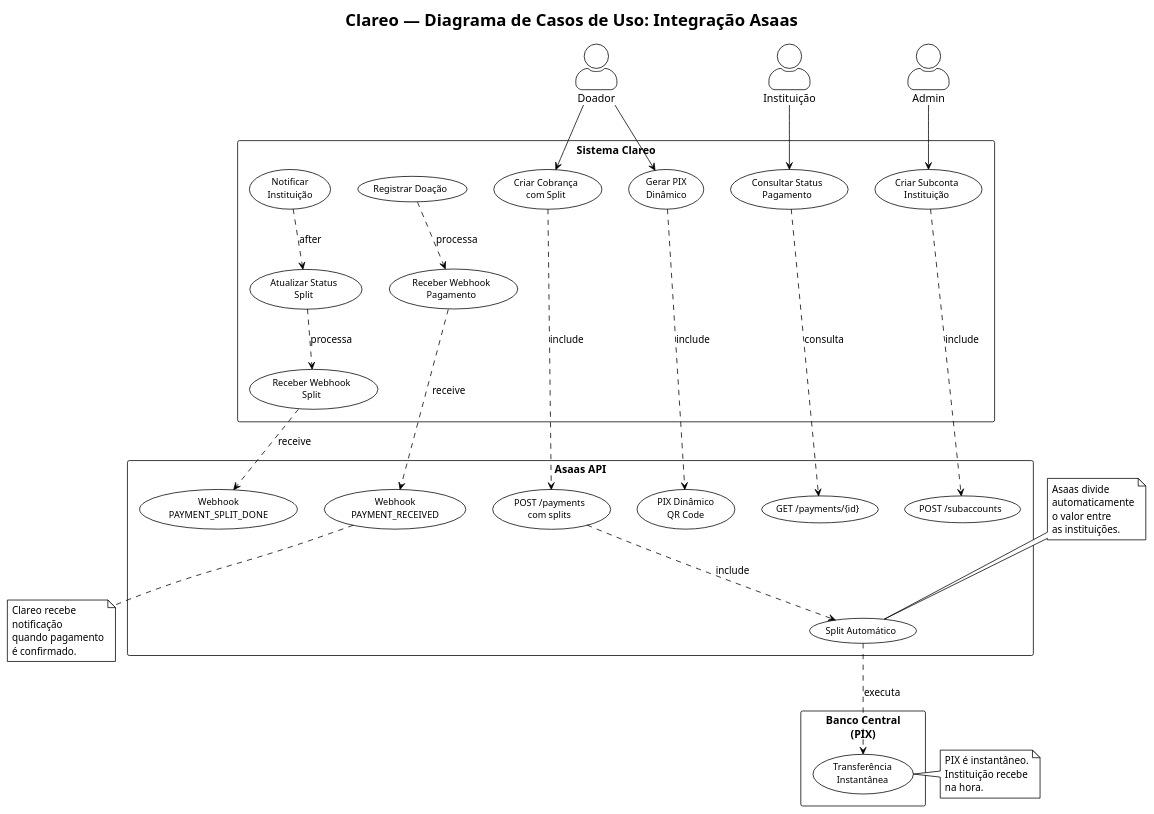
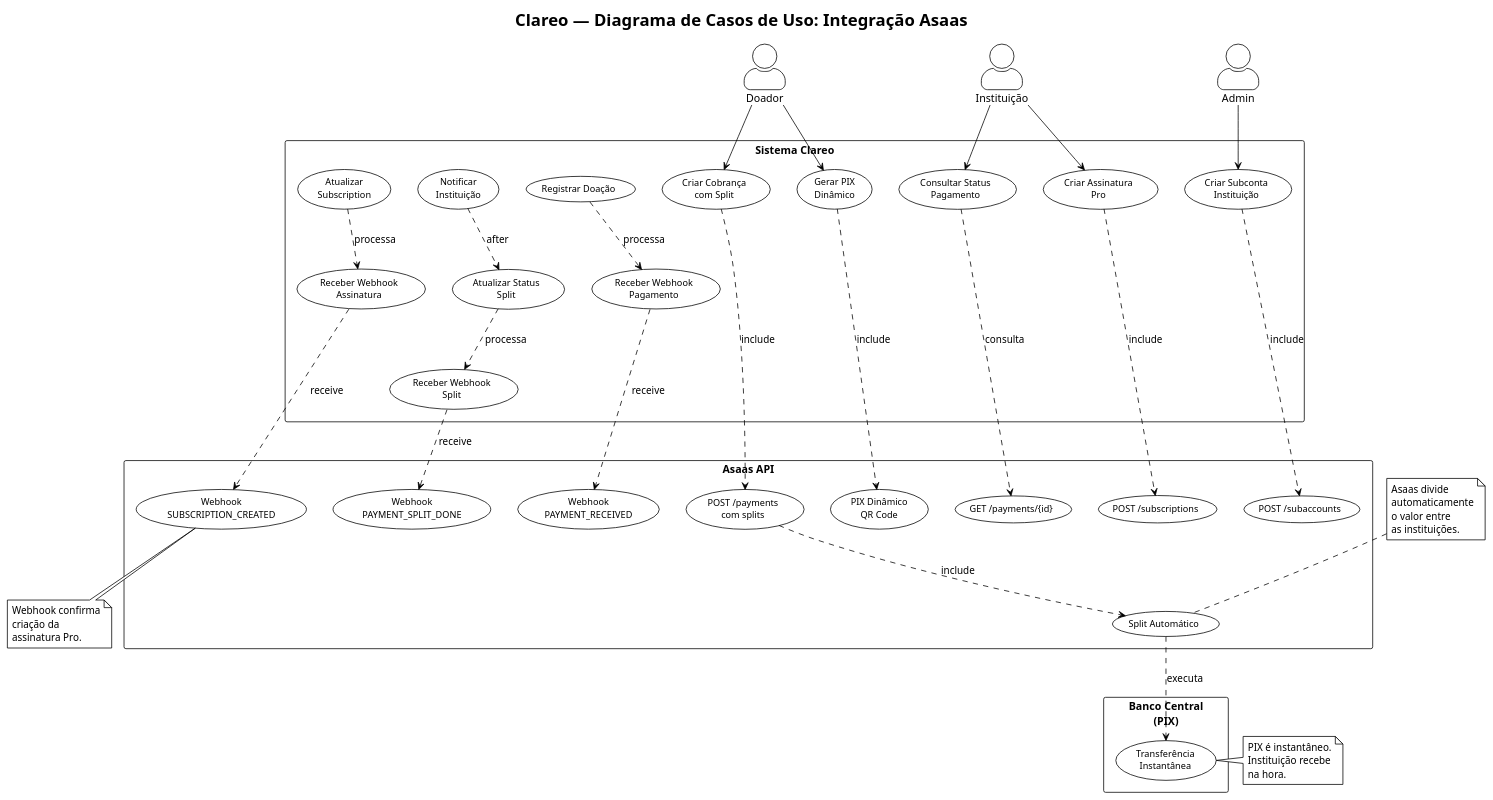
The diagram in doc/asaas/diagramas/05-INTEGRACAO-ASAAS.puml (GabrielHR0/clareo-api), drawn with PlantUML before and after one commit. The commit also changed 9 other files, not shown here.

Commit message:
docs: adicionar transparência, campanhas, relatórios, assinatura - models, endpoints, fluxos, diagramas

```diff
--- a/doc/asaas/diagramas/05-INTEGRACAO-ASAAS.puml
+++ b/doc/asaas/diagramas/05-INTEGRACAO-ASAAS.puml
@@ -1,78 +1,86 @@
 @startuml Clareo - Integracao Asaas
 !theme plain
 skinparam actorStyle awesome
 skinparam packageStyle rectangle
 skinparam packageFontSize 14
 skinparam usecaseFontSize 12
 skinparam defaultFontName Arial
 
 title Clareo — Diagrama de Casos de Uso: Integração Asaas
 
 actor "Doador" as Donor
 actor "Instituição" as Institution
 actor "Admin" as Admin
 
 rectangle "Sistema Clareo" {
   usecase "Criar Subconta\nInstituição" as UC1
   usecase "Criar Cobrança\ncom Split" as UC2
   usecase "Gerar PIX\nDinâmico" as UC3
   usecase "Receber Webhook\nPagamento" as UC4
   usecase "Receber Webhook\nSplit" as UC5
   usecase "Registrar Doação" as UC6
   usecase "Atualizar Status\nSplit" as UC7
   usecase "Notificar\nInstituição" as UC8
   usecase "Consultar Status\nPagamento" as UC9
+  usecase "Criar Assinatura\nPro" as UC10
+  usecase "Receber Webhook\nAssinatura" as UC11
+  usecase "Atualizar\nSubscription" as UC12
 }
 
 rectangle "Asaas API" {
   usecase "POST /subaccounts" as UC_A1
   usecase "POST /payments\ncom splits" as UC_A2
   usecase "PIX Dinâmico\nQR Code" as UC_A3
   usecase "Split Automático" as UC_A4
   usecase "Webhook\nPAYMENT_RECEIVED" as UC_A5
   usecase "Webhook\nPAYMENT_SPLIT_DONE" as UC_A6
   usecase "GET /payments/{id}" as UC_A7
+  usecase "POST /subscriptions" as UC_A8
+  usecase "Webhook\nSUBSCRIPTION_CREATED" as UC_A9
 }
 
 rectangle "Banco Central\n(PIX)" {
   usecase "Transferência\nInstantânea" as UC_B1
 }
 
 Admin --> UC1
 Donor --> UC2
 Donor --> UC3
 Institution --> UC9
+Institution --> UC10
 
 UC1 ..> UC_A1 : include
 UC2 ..> UC_A2 : include
 UC3 ..> UC_A3 : include
 UC_A2 ..> UC_A4 : include
 UC4 ..> UC_A5 : receive
 UC5 ..> UC_A6 : receive
 UC6 ..> UC4 : processa
 UC7 ..> UC5 : processa
 UC8 ..> UC7 : after
 UC_A4 ..> UC_B1 : executa
 UC9 ..> UC_A7 : consulta
+UC10 ..> UC_A8 : include
+UC11 ..> UC_A9 : receive
+UC12 ..> UC11 : processa
 
 note top of UC_A4
   Asaas divide
   automaticamente
   o valor entre
   as instituições.
 end note
 
 note right of UC_B1
   PIX é instantâneo.
   Instituição recebe
   na hora.
 end note
 
-note bottom of UC_A5
-  Clareo recebe
-  notificação
-  quando pagamento
-  é confirmado.
+note bottom of UC_A9
+  Webhook confirma
+  criação da
+  assinatura Pro.
 end note
 
 @enduml
```
